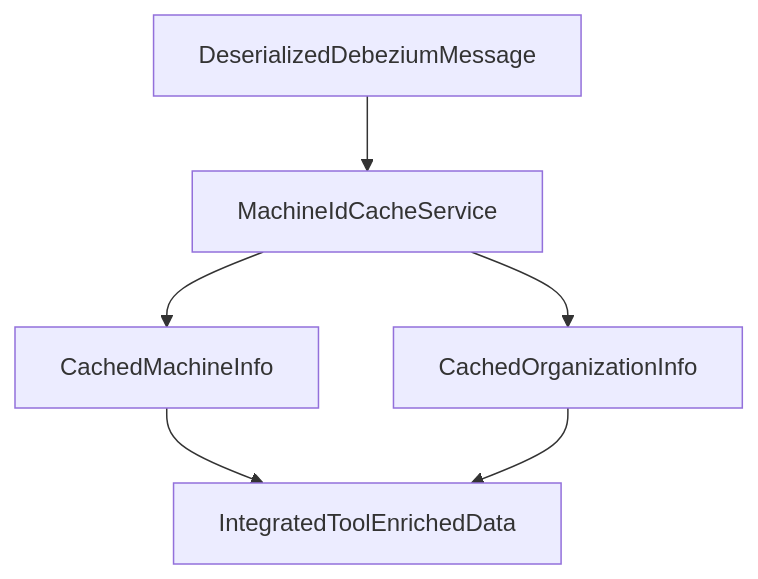
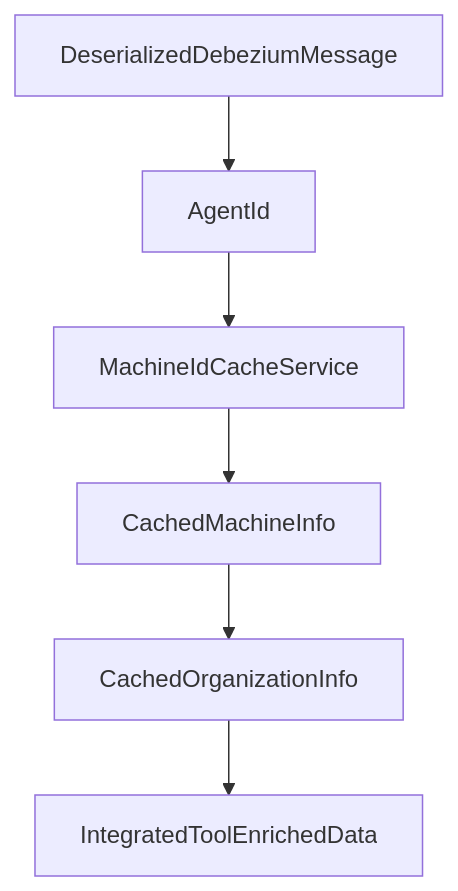
Before and after one commit to flamingo-stack/openframe-oss-lib: the fourth of 7 diagrams in docs/reference/architecture/stream-processing-core/stream-processing-core.md, drawn with Mermaid. The commit also changed other lines of this file and 172 other files, not shown here.

````diff
--- a/docs/reference/architecture/stream-processing-core/stream-processing-core.md
+++ b/docs/reference/architecture/stream-processing-core/stream-processing-core.md
@@ -181,8 +146,8 @@
 ```mermaid
 flowchart TD
-    Deserialized["DeserializedDebeziumMessage"] --> CacheLookup["MachineIdCacheService"]
-    CacheLookup --> MachineInfo["CachedMachineInfo"]
-    CacheLookup --> OrgInfo["CachedOrganizationInfo"]
-    MachineInfo --> EnrichedData["IntegratedToolEnrichedData"]
-    OrgInfo --> EnrichedData
+    Message["DeserializedDebeziumMessage"] --> Agent["AgentId"]
+    Agent --> Cache["MachineIdCacheService"]
+    Cache --> Machine["CachedMachineInfo"]
+    Machine --> Org["CachedOrganizationInfo"]
+    Org --> Enriched["IntegratedToolEnrichedData"]
 ```
````
